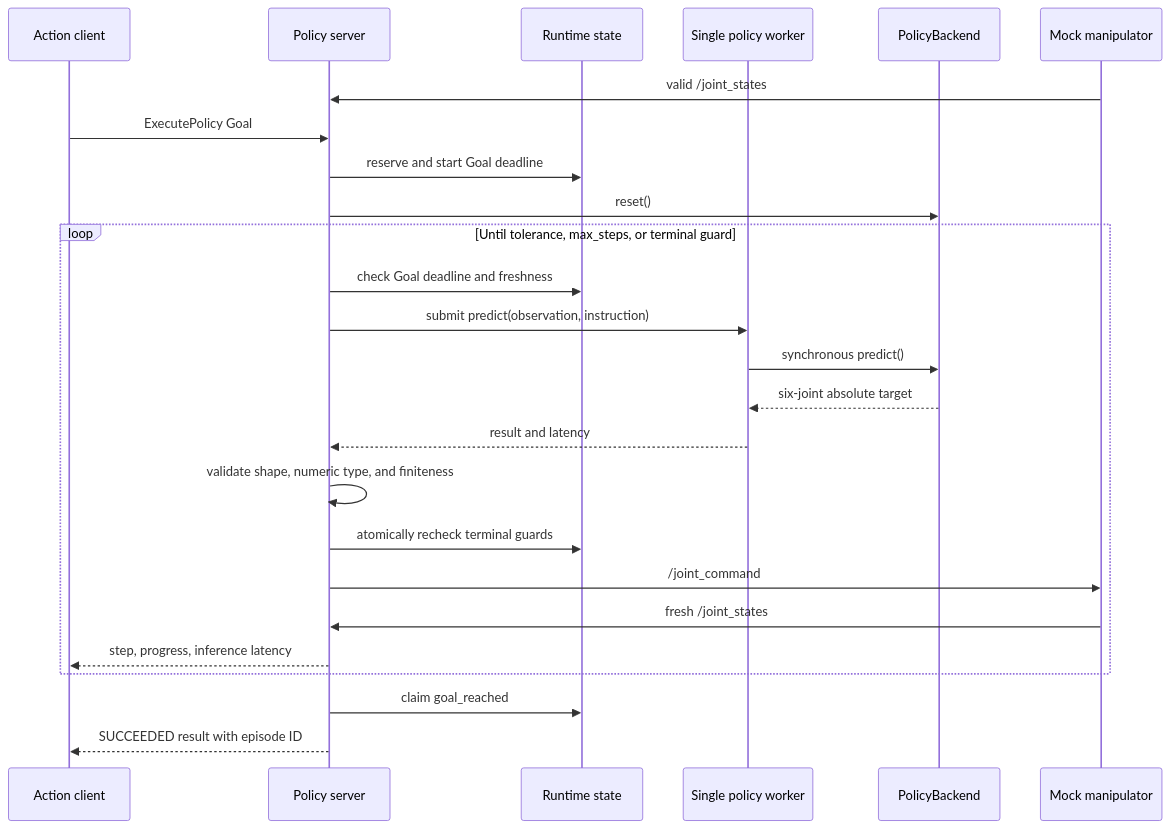
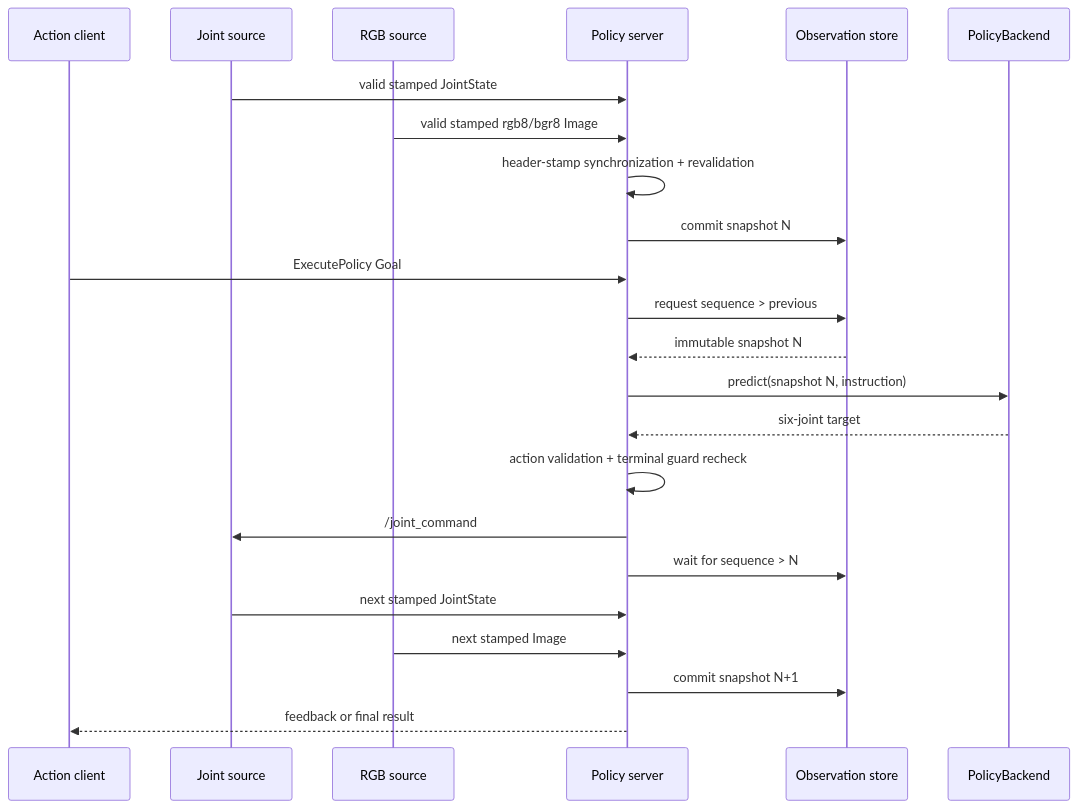
The third of 3 diagrams in docs/architecture.md (Yanagisawa2002/PolicyBridge-ROS2), drawn with Mermaid before and after one commit. The commit also changed other lines of this file and 22 other files, not shown here.

````diff
--- a/docs/architecture.md
+++ b/docs/architecture.md
@@ -135,28 +262,26 @@
 ```mermaid
 sequenceDiagram
     participant C as Action client
+    participant J as Joint source
+    participant I as RGB source
     participant S as Policy server
-    participant R as Runtime state
-    participant W as Single policy worker
+    participant O as Observation store
     participant P as PolicyBackend
-    participant M as Mock manipulator
 
-    M->>S: valid /joint_states
+    J->>S: valid stamped JointState
+    I->>S: valid stamped rgb8/bgr8 Image
+    S->>S: header-stamp synchronization + revalidation
+    S->>O: commit snapshot N
     C->>S: ExecutePolicy Goal
-    S->>R: reserve and start Goal deadline
-    S->>P: reset()
-    loop Until tolerance, max_steps, or terminal guard
-        S->>R: check Goal deadline and freshness
-        S->>W: submit predict(observation, instruction)
-        W->>P: synchronous predict()
-        P-->>W: six-joint absolute target
-        W-->>S: result and latency
-        S->>S: validate shape, numeric type, and finiteness
-        S->>R: atomically recheck terminal guards
-        S->>M: /joint_command
-        M->>S: fresh /joint_states
-        S-->>C: step, progress, inference latency
-    end
-    S->>R: claim goal_reached
-    S-->>C: SUCCEEDED result with episode ID
+    S->>O: request sequence > previous
+    O-->>S: immutable snapshot N
+    S->>P: predict(snapshot N, instruction)
+    P-->>S: six-joint target
+    S->>S: action validation + terminal guard recheck
+    S->>J: /joint_command
+    S->>O: wait for sequence > N
+    J->>S: next stamped JointState
+    I->>S: next stamped Image
+    S->>O: commit snapshot N+1
+    S-->>C: feedback or final result
 ```
````
